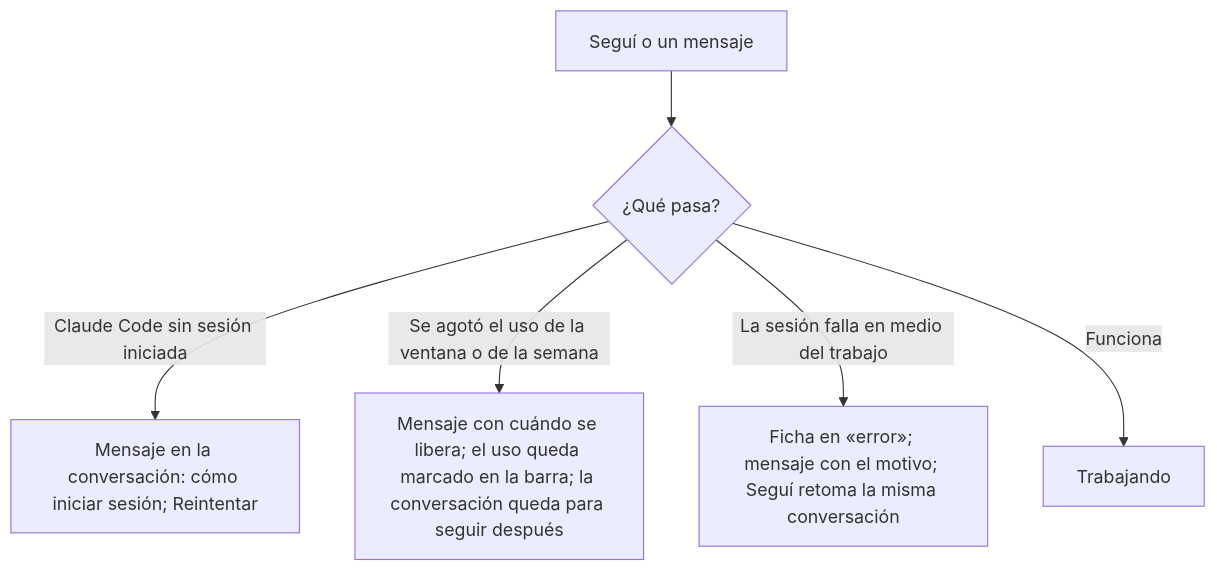
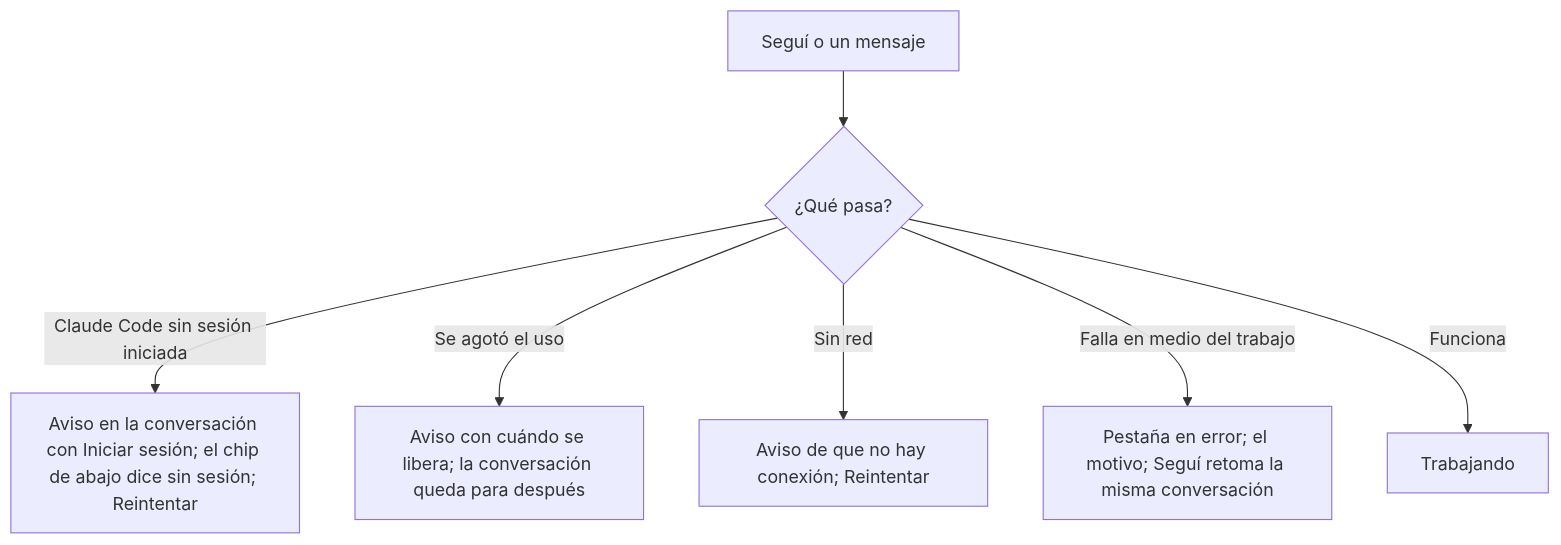
The fifth of 9 diagrams in docs/04-ux.md (LlanosLautaro/Iridium), drawn with Mermaid before and after one commit. The commit also changed other lines of this file and 13 other files, not shown here.

Commit message:
Hito 10: Orden, Q-139 → D-099 («framework»); paso 4 completo (04-ux.md reescrito sin capas, W-1 a W-17) y paso 5, diseño técnico; R-13 (la letra de ancho fijo con líneas de cuadro)

````diff
--- a/docs/04-ux.md
+++ b/docs/04-ux.md
@@ -213,8 +250,9 @@
 ```mermaid
 flowchart TD
   A[Seguí o un mensaje] --> B{¿Qué pasa?}
-  B -->|Claude Code sin sesión iniciada| C[Mensaje en la conversación: cómo iniciar sesión; Reintentar]
-  B -->|Se agotó el uso de la ventana o de la semana| D[Mensaje con cuándo se libera; el uso queda marcado en la barra; la conversación queda para seguir después]
-  B -->|La sesión falla en medio del trabajo| E[Ficha en «error»; mensaje con el motivo; Seguí retoma la misma conversación]
-  B -->|Funciona| F[Trabajando]
+  B -->|Claude Code sin sesión iniciada| C[Aviso en la conversación con Iniciar sesión; el chip de abajo dice sin sesión; Reintentar]
+  B -->|Se agotó el uso| D[Aviso con cuándo se libera; la conversación queda para después]
+  B -->|Sin red| E[Aviso de que no hay conexión; Reintentar]
+  B -->|Falla en medio del trabajo| F[Pestaña en error; el motivo; Seguí retoma la misma conversación]
+  B -->|Funciona| G[Trabajando]
 ```
````
